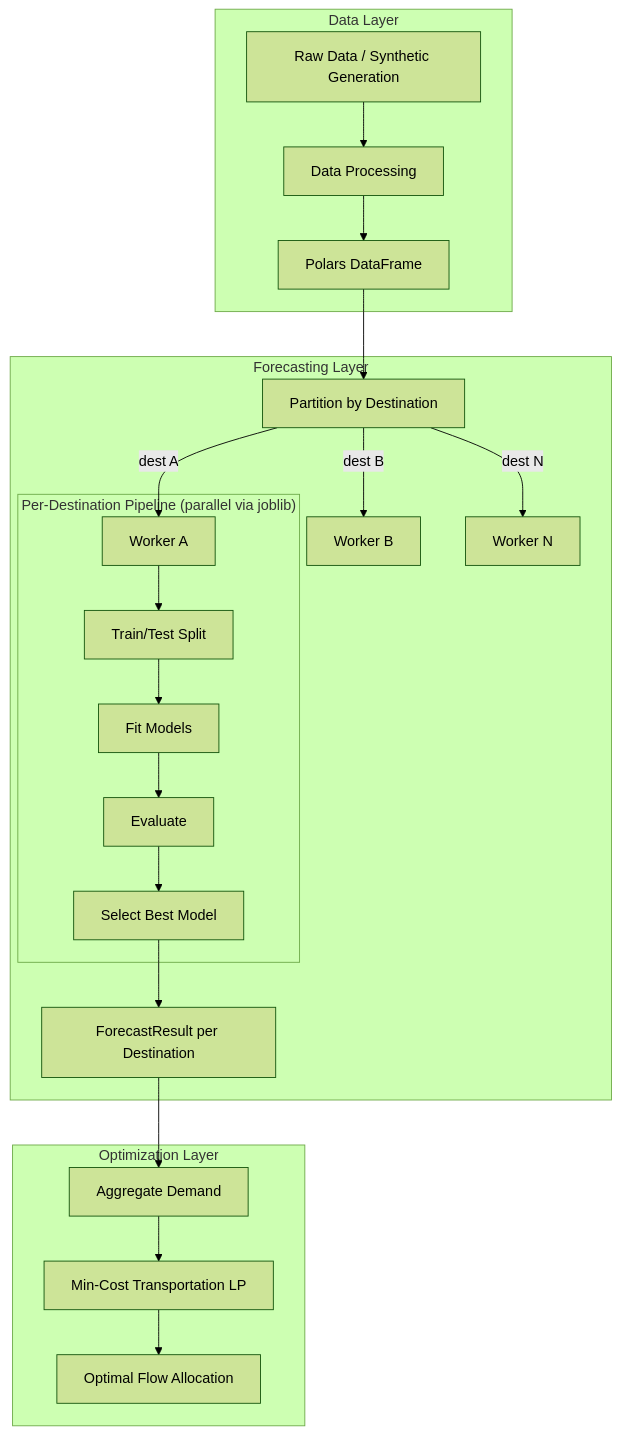
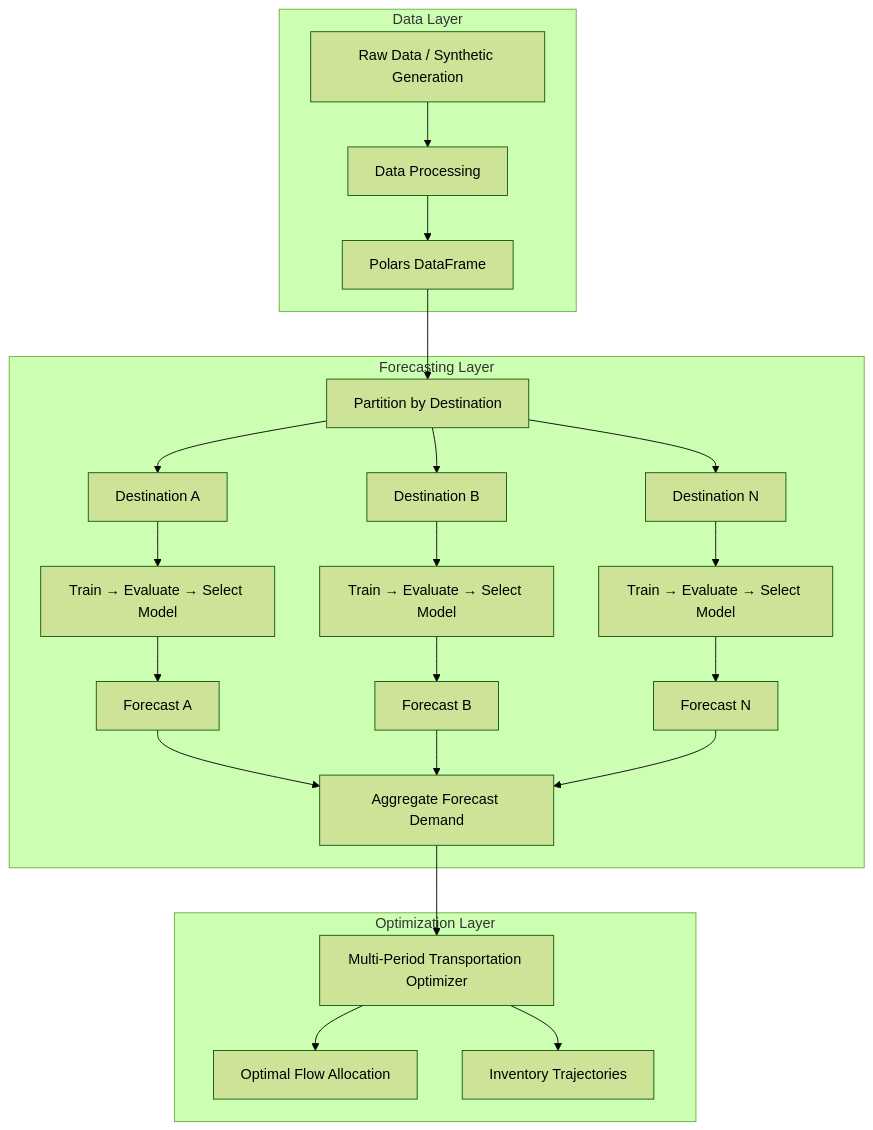
One commit to al2cibo/decision-intelligence-logistics-engine changed the diagram in README.md. Above: the diagram before and after it, drawn with Mermaid (forest theme).

Commit message:
nit: modified README.md mermaid graph

````diff
--- a/README.md
+++ b/README.md
@@ -29,29 +29,45 @@
 ```mermaid
 graph TD
+
     subgraph "Data Layer"
-        RAW[Raw Data / Synthetic Generation] --> PROC[Data Processing]
-        PROC --> DF[Polars DataFrame]
+        RAW[Raw Data / Synthetic Generation]
+        PROC[Data Processing]
+        DF[Polars DataFrame]
+
+        RAW --> PROC
+        PROC --> DF
     end
 
     subgraph "Forecasting Layer"
-        DF --> PART[Partition by Destination]
-        PART --> |"dest A"| WA[Worker A]
-        PART --> |"dest B"| WB[Worker B]
-        PART --> |"dest N"| WN[Worker N]
 
-        subgraph "Per-Destination Pipeline (parallel via joblib)"
-            WA --> SPLIT[Train/Test Split]
-            SPLIT --> FIT[Fit Models]
-            FIT --> EVAL[Evaluate]
-            EVAL --> SEL[Select Best Model]
-        end
+        PART[Partition by Destination]
 
-        SEL --> FR[ForecastResult per Destination]
+        DF --> PART
+
+        PART --> DA[Destination A]
+        PART --> DB[Destination B]
+        PART --> DN[Destination N]
+
+        DA --> FA[Train → Evaluate → Select Model]
+        DB --> FB[Train → Evaluate → Select Model]
+        DN --> FN[Train → Evaluate → Select Model]
+
+        FA --> FRA[Forecast A]
+        FB --> FRB[Forecast B]
+        FN --> FRN[Forecast N]
+
+        FRA --> AGG[Aggregate Forecast Demand]
+        FRB --> AGG
+        FRN --> AGG
+
     end
 
     subgraph "Optimization Layer"
-        FR --> AGG[Aggregate Demand]
-        AGG --> OPT[Min-Cost Transportation LP]
+
+        AGG --> OPT[Multi-Period Transportation Optimizer]
+
         OPT --> FLOW[Optimal Flow Allocation]
+        OPT --> INV[Inventory Trajectories]
+
     end
 ```
````
